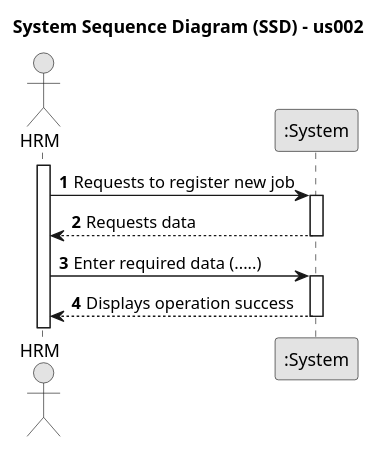
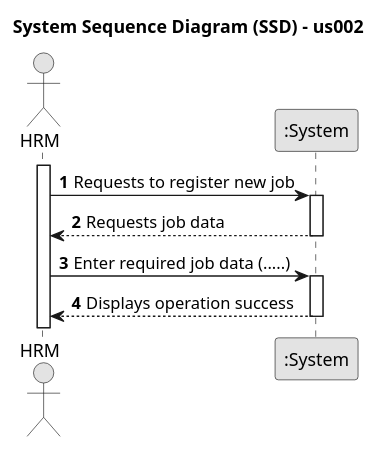
The diagram in docs/sprintB/us002/01.requirements-engineering/puml/SSD-us002.puml (Departamento-de-Engenharia-Informatica/lei-24-s2-1dm-g132), drawn with PlantUML before and after one commit. The commit also changed 2 other files, not shown here.

```diff
--- a/docs/sprintB/us002/01.requirements-engineering/puml/SSD-us002.puml
+++ b/docs/sprintB/us002/01.requirements-engineering/puml/SSD-us002.puml
@@ -1,26 +1,26 @@
 @startuml
 skinparam monochrome true
 skinparam packageStyle rectangle
 skinparam shadowing false
 
 title System Sequence Diagram (SSD) - us002
 
 autonumber
 
 actor "HRM" as Admin
 participant ":System" as System
 
 activate Admin
 
     Admin -> System : Requests to register new job
     activate System
 
-        System --> Admin : Requests data
+        System --> Admin : Requests job data
     deactivate System
 
-    Admin -> System : Enter required data (.....)
+    Admin -> System : Enter required job data (.....)
     activate System
 
         System --> Admin : Displays operation success
     deactivate System
 @enduml
```
